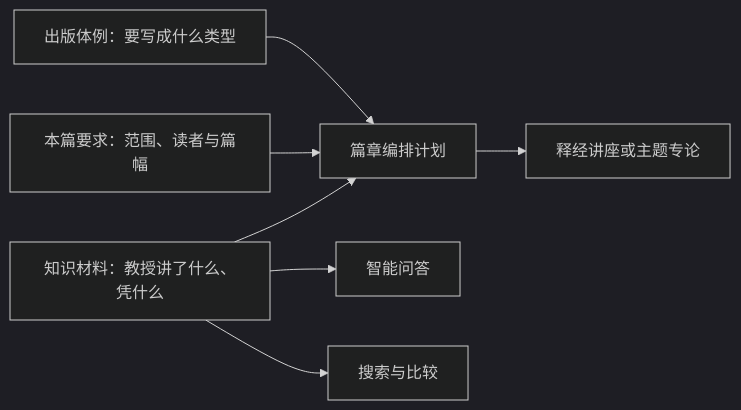
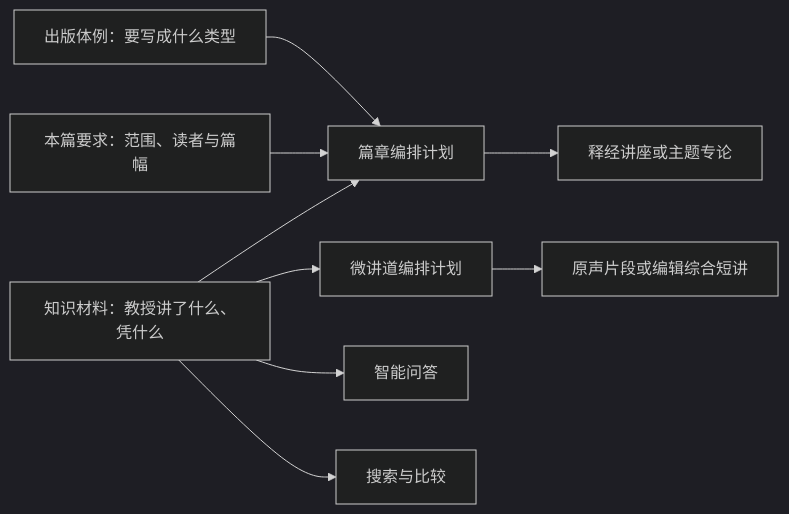
The first of 9 diagrams in docs/wang-knowledge-platform/knowledge_platform_design.md (junyang168/smart-answer), drawn with Mermaid (dark theme) before and after one commit. The commit also changed other lines of this file and 158 other files, not shown here.

````diff
--- a/docs/wang-knowledge-platform/knowledge_platform_design.md
+++ b/docs/wang-knowledge-platform/knowledge_platform_design.md
@@ -22,10 +23,13 @@
 ```mermaid
 flowchart LR
     K["知识材料：教授讲了什么、凭什么"] --> CP["篇章编排计划"]
     PP["出版体例：要写成什么类型"] --> CP
     BR["本篇要求：范围、读者与篇幅"] --> CP
     CP --> W["释经讲座或主题专论"]
 
+    K --> MP["微讲道编排计划"]
+    MP --> MS["原声片段或编辑综合短讲"]
+
     K --> QA["智能问答"]
     K --> SR["搜索与比较"]
 ```
````
